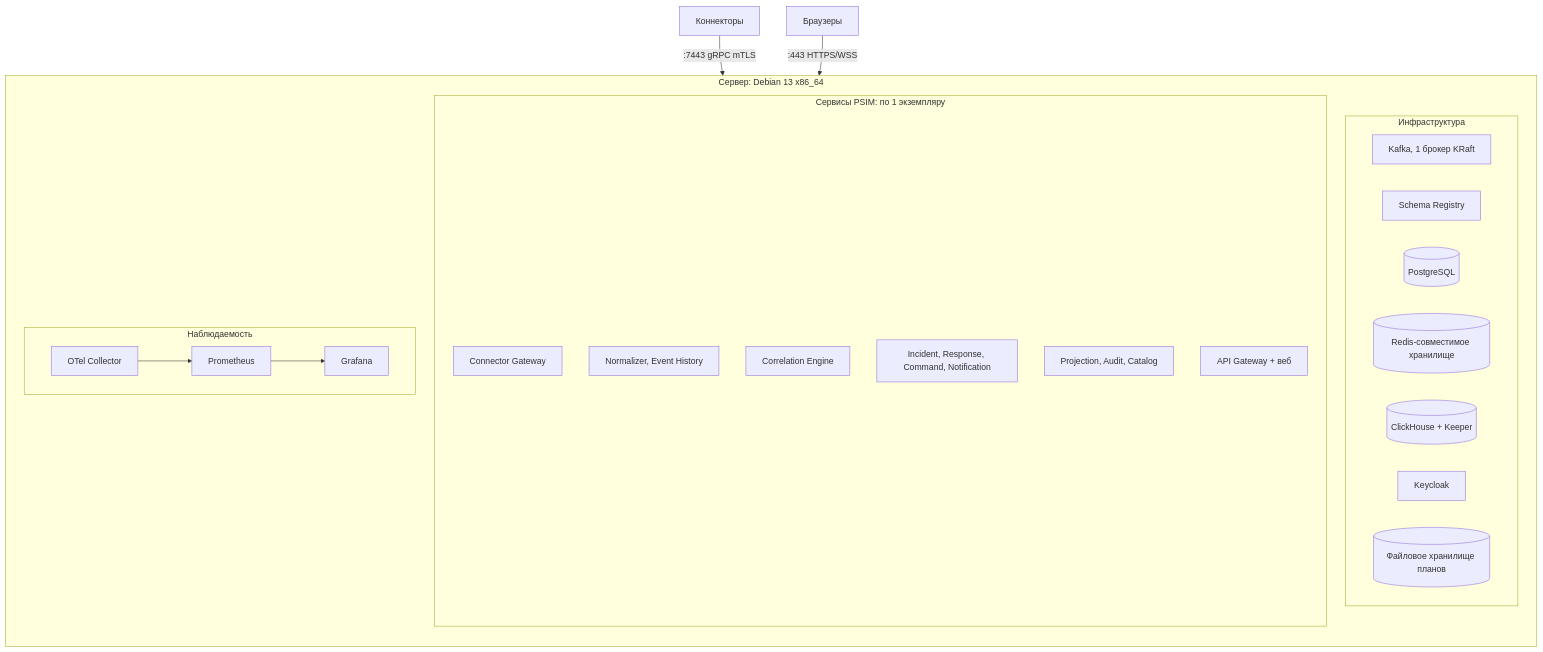
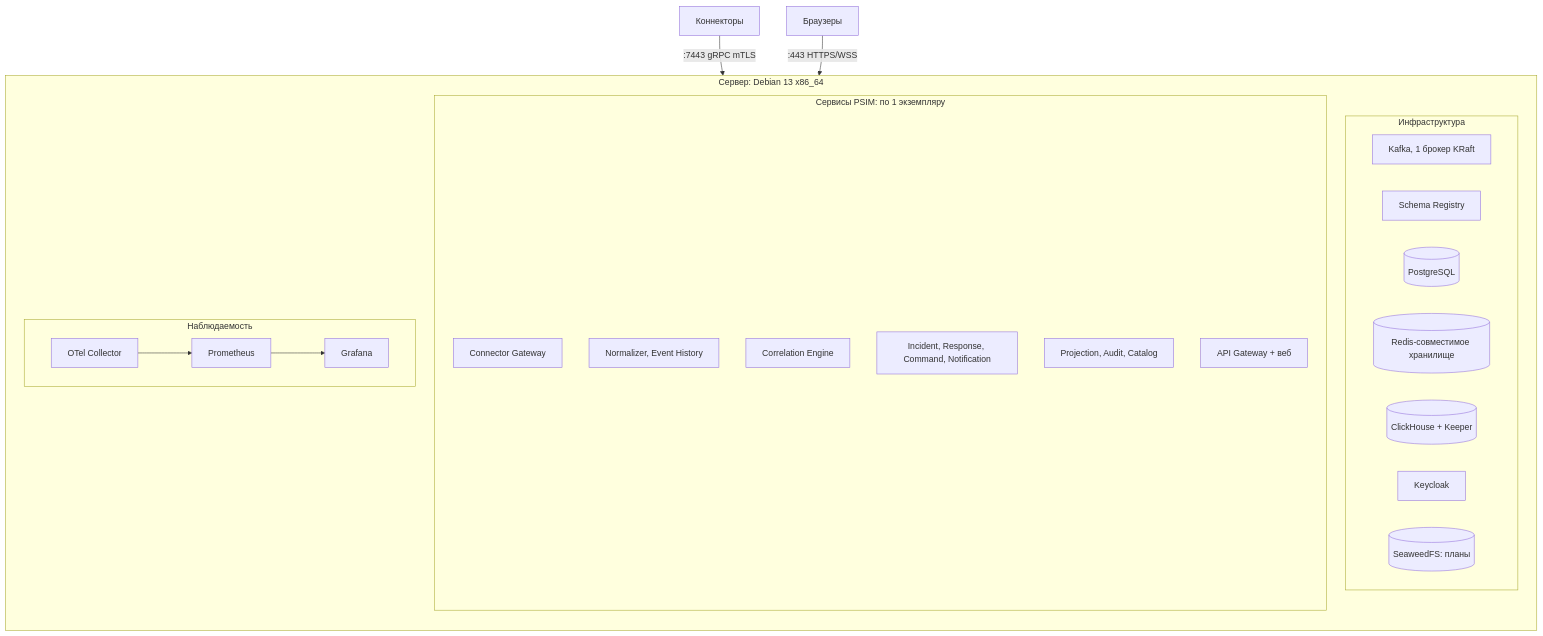
One commit to d8zerg/psim changed the first of 2 diagrams in docs/architecture/deployment.md. Above: the diagram before and after it, drawn with Mermaid. The commit also changed other lines of this file and 6 other files, not shown here.

````diff
--- a/docs/architecture/deployment.md
+++ b/docs/architecture/deployment.md
@@ -25,28 +25,28 @@
 ```mermaid
 flowchart TB
     subgraph HOST [Сервер: Debian 13 x86_64]
         direction TB
         subgraph INFRA [Инфраструктура]
             K[Kafka, 1 брокер KRaft]
             SR[Schema Registry]
             PG[(PostgreSQL)]
             R[(Redis-совместимое хранилище)]
             CH[(ClickHouse + Keeper)]
             KC[Keycloak]
-            FS[(Файловое хранилище планов)]
+            FS[(SeaweedFS: планы)]
         end
         subgraph APP [Сервисы PSIM: по 1 экземпляру]
             S1[Connector Gateway]
             S2[Normalizer, Event History]
             S3[Correlation Engine]
             S4[Incident, Response, Command, Notification]
             S5[Projection, Audit, Catalog]
             S6[API Gateway + веб]
         end
         subgraph OBS [Наблюдаемость]
             OC[OTel Collector] --> PR[Prometheus] --> GR[Grafana]
         end
     end
     CONN[Коннекторы] -- ":7443 gRPC mTLS" --> S1
     USR[Браузеры] -- ":443 HTTPS/WSS" --> S6
 ```
````
